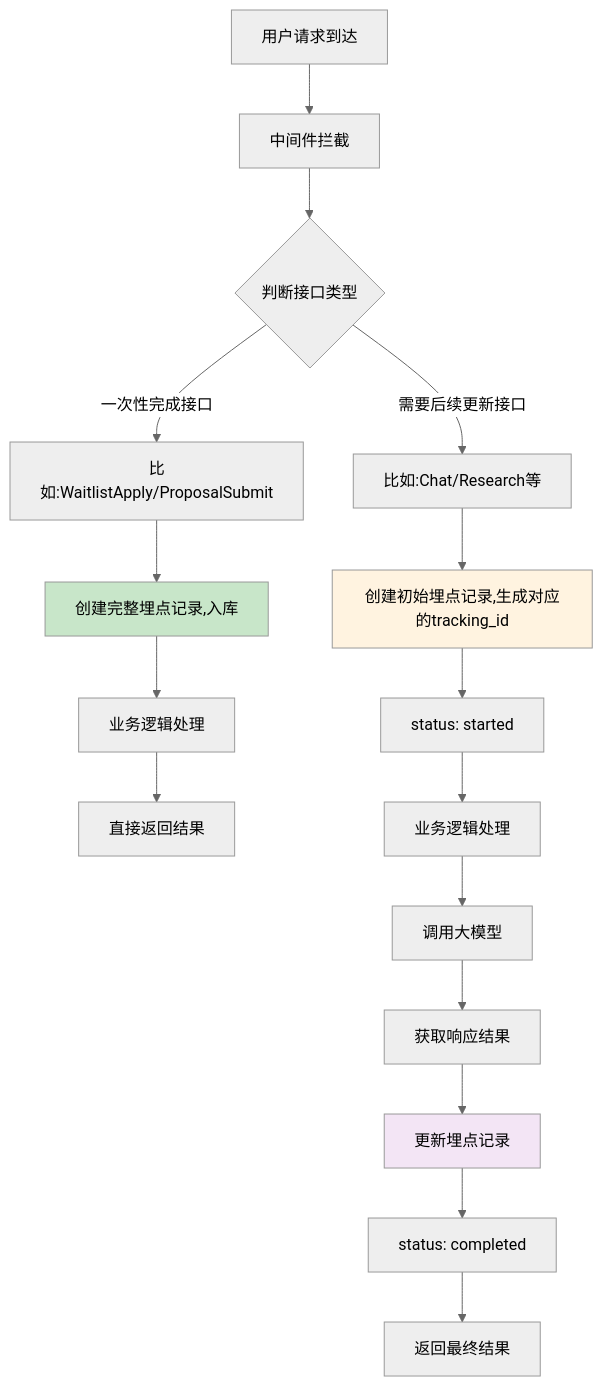
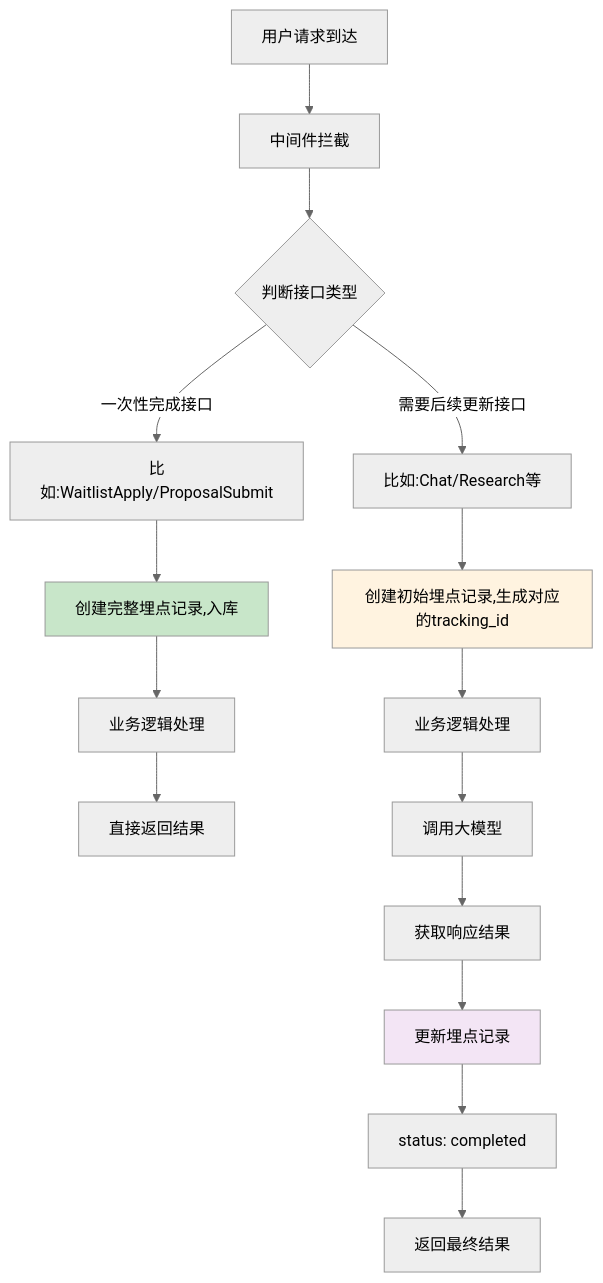
Before and after one commit to yingjianzh/iodraw-files: the diagram in all/未命名-78.md, drawn with Mermaid (neutral theme).

Commit message:
2025-07-08 17:17:43 update

````diff
--- a/all/未命名-78.md
+++ b/all/未命名-78.md
@@ -1,25 +1,24 @@
 ```mermaid
 flowchart TD
     A[用户请求到达] --> B[中间件拦截]
     B --> C{判断接口类型}
     
     C -->|一次性完成接口| D[比如:WaitlistApply/ProposalSubmit]
     C -->|需要后续更新接口| E[比如:Chat/Research等]
     
     D --> F[创建完整埋点记录,入库]
     F --> H[业务逻辑处理]
     H --> I[直接返回结果]
     
     E --> J[创建初始埋点记录,生成对应的tracking_id]
-    J --> K[status: started]
-    K --> L[业务逻辑处理]
+    J -->  L[业务逻辑处理]
     L --> M[调用大模型]
     M --> N[获取响应结果]
     N --> O[更新埋点记录]
     O --> P[status: completed]
     P --> Q[返回最终结果]
     
     style F fill:#c8e6c9
     style J fill:#fff3e0
     style O fill:#f3e5f5
 ```
````
